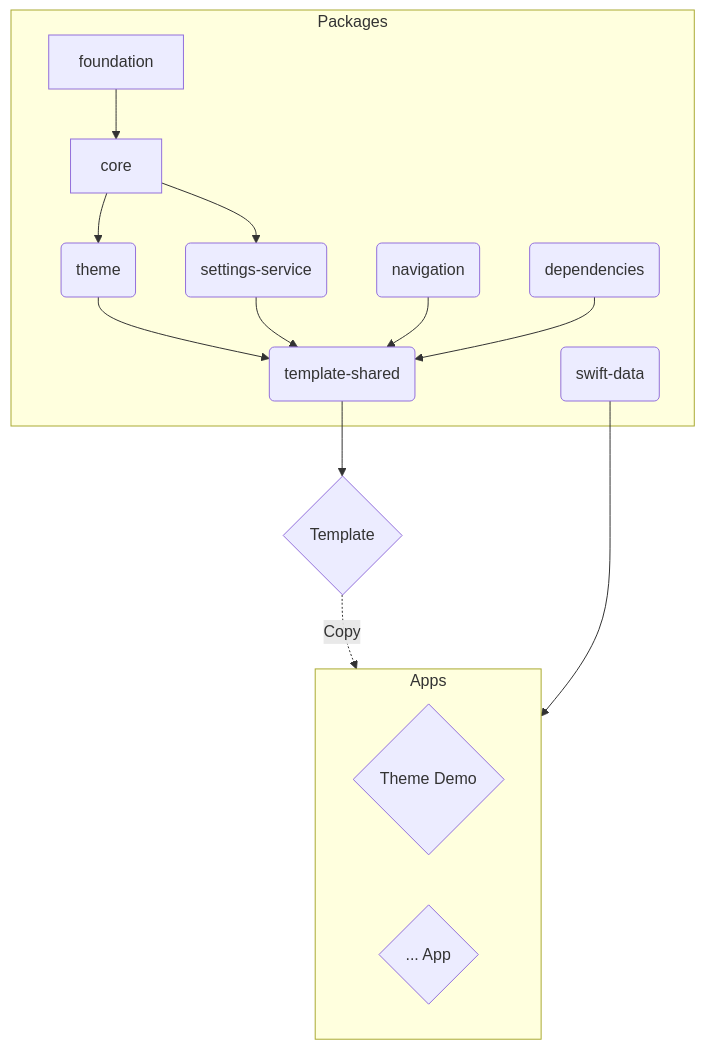
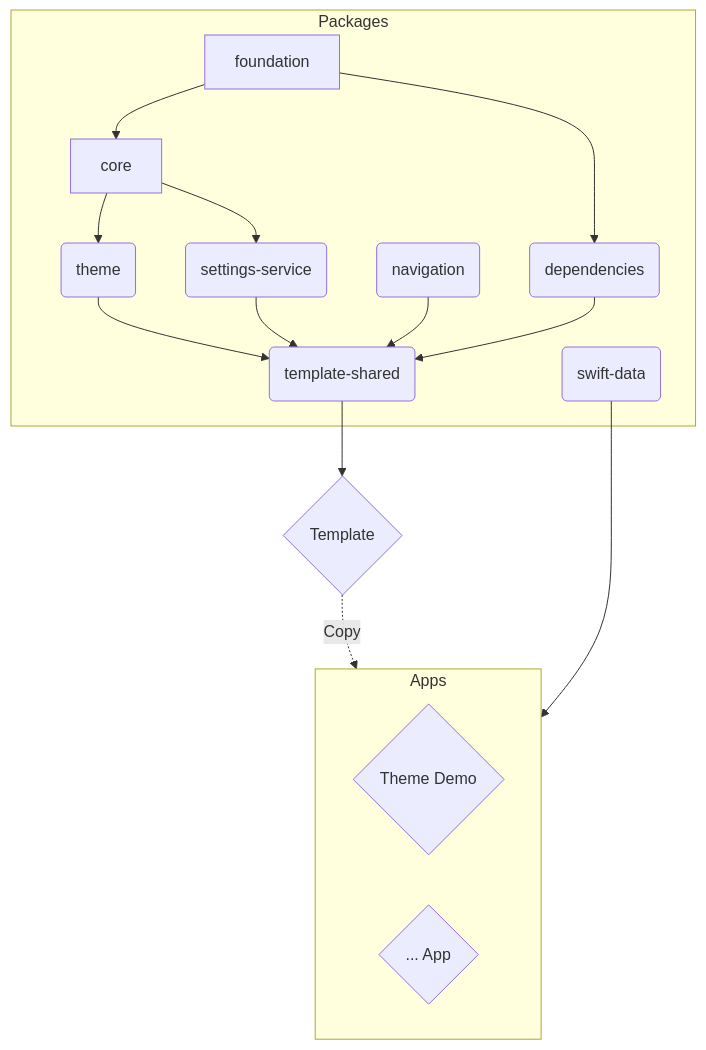
Before and after one commit to simonnickel/snap: the diagram in README.md, drawn with Mermaid.

Commit message:
Update graph

````diff
--- a/README.md
+++ b/README.md
@@ -26,36 +26,37 @@
 ```mermaid
 flowchart TD
 
     subgraph Packages
     C1[foundation]
     C2[core]
     M2(theme)
     M3(settings-service)
     M4(navigation)
     M5(dependencies)
     M6(swift-data)
     M1(template-shared)
     end
     
     A1{Template}
 
     subgraph Apps
     A2{Theme Demo}
     A3{... App}
     end
 
     C1 --> C2
+    C1 --> M5
 
     C2 --> M2
     C2 --> M3
 
     M2 --> M1
     M3 --> M1
     M4 --> M1
     M5 --> M1
 
     M1 --> A1
 
     A1 -.->|Copy| Apps
     M6 --> Apps
 ```
````
